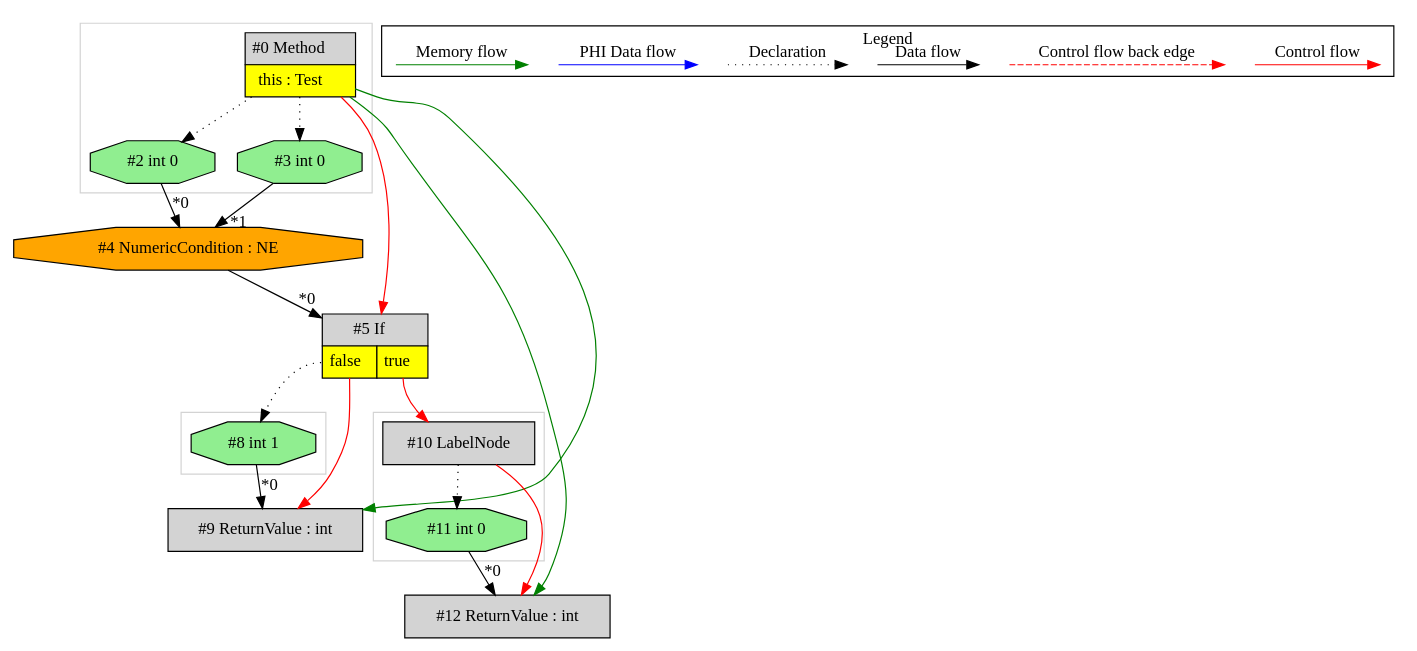
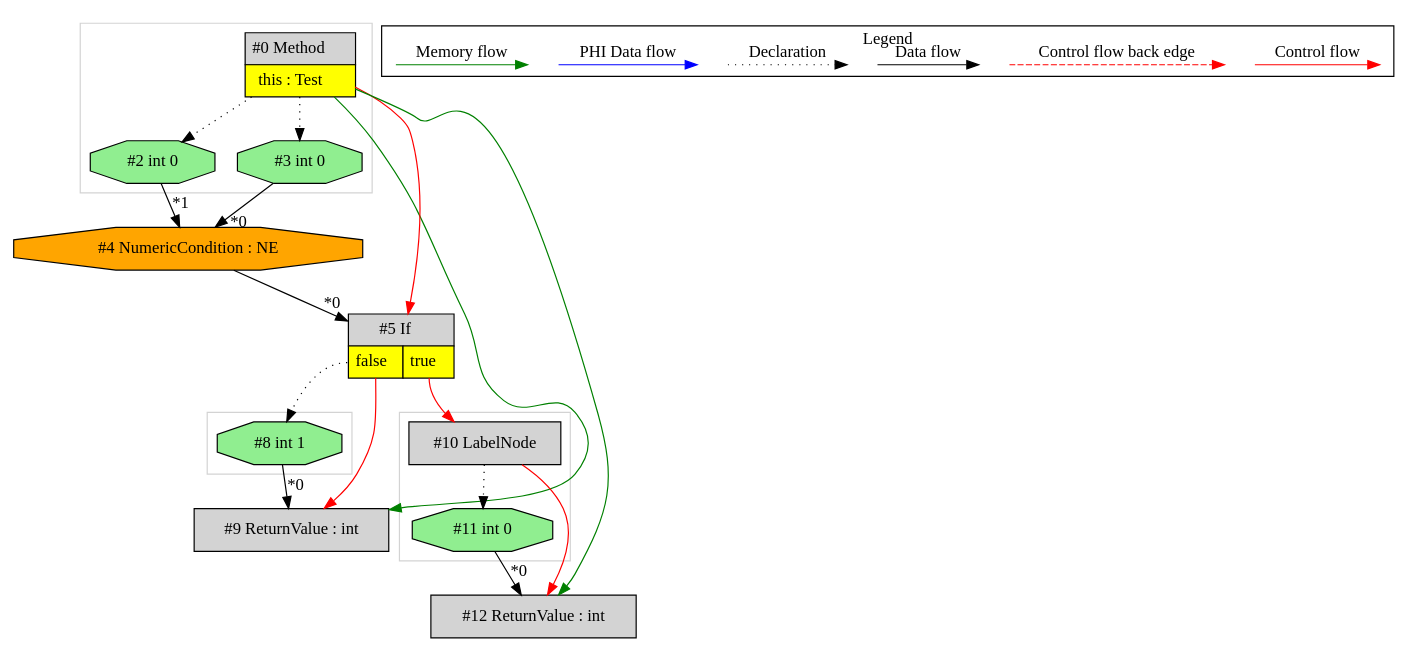
Before and after one commit to mirkosertic/MetaIR: the diagram in de.mirkosertic.metair.ir.OpcodeIFNETest/test_IFNE/ir.dot, drawn with Graphviz. The commit also changed 569 other files, not shown here.

```diff
--- a/de.mirkosertic.metair.ir.OpcodeIFNETest/test_IFNE/ir.dot
+++ b/de.mirkosertic.metair.ir.OpcodeIFNETest/test_IFNE/ir.dot
@@ -1,69 +1,69 @@
 digraph {
  ordering="in";
  node0[margin="0", label=<<table border="0" cellborder="1" cellspacing="0" cellpadding="5"><tr><td colspan="1">#0 Method</td></tr><tr><td port="prj1" bgcolor="yellow">this : Test</td></tr></table>>,shape=none, fillcolor=lightgrey, style=filled];
- node3[label="#3 int 0",shape=octagon, fillcolor=lightgreen, style=filled];
- node0 -> node3[style=dotted];
- node4[label="#4 NumericCondition : NE",shape=octagon, fillcolor=orange, style=filled];
- node2 -> node4[headlabel="*0", labeldistance=2];
- node3 -> node4[headlabel="*1", labeldistance=2];
- node2[label="#2 int 0",shape=octagon, fillcolor=lightgreen, style=filled];
- node0 -> node2[style=dotted];
+ node9[label="#9 ReturnValue : int",shape=box, fillcolor=lightgrey, style=filled];
+ node8 -> node9[headlabel="*0", labeldistance=2];
+ node5:prj6 -> node9[labeldistance=2, color=red, fontcolor=red];
+ node0 -> node9[labeldistance=2, color=green, constraint=false];
  node5[margin="0", label=<<table border="0" cellborder="1" cellspacing="0" cellpadding="5"><tr><td colspan="2">#5 If</td></tr><tr><td port="prj6" bgcolor="yellow">false</td><td port="prj7" bgcolor="yellow">true</td></tr></table>>,shape=none, fillcolor=lightgrey, style=filled];
  node4 -> node5[headlabel="*0", labeldistance=2];
  node0 -> node5[labeldistance=2, color=red, fontcolor=red];
+ node4[label="#4 NumericCondition : NE",shape=octagon, fillcolor=orange, style=filled];
+ node3 -> node4[headlabel="*0", labeldistance=2];
+ node2 -> node4[headlabel="*1", labeldistance=2];
+ node2[label="#2 int 0",shape=octagon, fillcolor=lightgreen, style=filled];
+ node0 -> node2[style=dotted];
+ node3[label="#3 int 0",shape=octagon, fillcolor=lightgreen, style=filled];
+ node0 -> node3[style=dotted];
  node10[label="#10 LabelNode",shape=box, fillcolor=lightgrey, style=filled];
  node5:prj7 -> node10[labeldistance=2, color=red, fontcolor=red];
  node11[label="#11 int 0",shape=octagon, fillcolor=lightgreen, style=filled];
  node10 -> node11[style=dotted];
  node12[label="#12 ReturnValue : int",shape=box, fillcolor=lightgrey, style=filled];
  node11 -> node12[headlabel="*0", labeldistance=2];
  node10 -> node12[labeldistance=2, color=red, fontcolor=red];
  node0 -> node12[labeldistance=2, color=green, constraint=false];
  node8[label="#8 int 1",shape=octagon, fillcolor=lightgreen, style=filled];
  node5:prj6 -> node8[style=dotted];
- node9[label="#9 ReturnValue : int",shape=box, fillcolor=lightgrey, style=filled];
- node8 -> node9[headlabel="*0", labeldistance=2];
- node5:prj6 -> node9[labeldistance=2, color=red, fontcolor=red];
- node0 -> node9[labeldistance=2, color=green, constraint=false];
  subgraph cluster_0 {
   color=lightgray;
-  node8;
+  node10;
+  node11;
  }
  subgraph cluster_1 {
   color=lightgray;
   node0;
   node2;
   node3;
  }
  subgraph cluster_2 {
   color=lightgray;
-  node10;
-  node11;
+  node8;
  }
  subgraph cluster_000 {
   label = "Legend";
   node [shape=point]
   {
    rank=same;
    c0 [style = invis];
    c1 [style = invis];
    c2 [style = invis];
    c3 [style = invis];
    d0 [style = invis];
    d1 [style = invis];
    d2 [style = invis];
    d3 [style = invis];
    d4 [style = invis];
    d5 [style = invis];
    d6 [style = invis];
    d7 [style = invis];
   }
   c0 -> c1 [label="Control flow", style=solid, color=red]
   c2 -> c3 [label="Control flow back edge", style=dashed, color=red]
   d0 -> d1 [label="Data flow"]
   d2 -> d3 [label="Declaration", style=dotted]
   d4 -> d5 [label="PHI Data flow", color=blue]
   d6 -> d7 [label="Memory flow", color=green]
  }
 
 }
```
